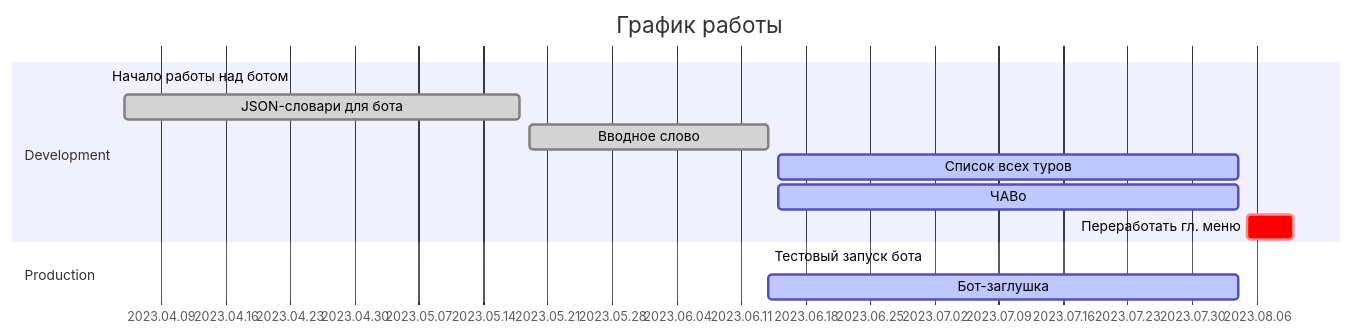
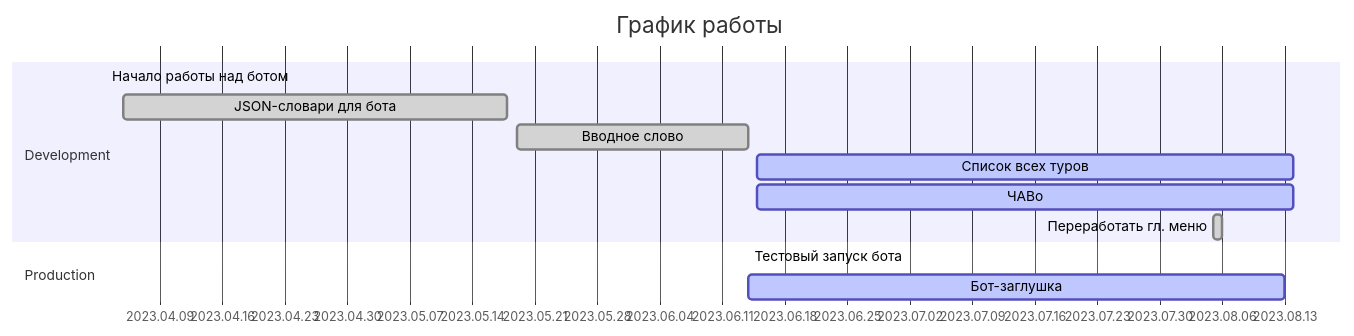
The first of 2 diagrams in README.md (tropintropin/telegram_bot_peshehod_chat), drawn with Mermaid before and after one commit.

````diff
--- a/README.md
+++ b/README.md
@@ -35,17 +35,17 @@
 ```mermaid
 gantt
 title       График работы
 dateFormat  YYYY.MM.DD
 axisFormat  %Y.%m.%d
 excludes    
 section     Development
 Начало работы над ботом :mileston,      2023.04.03, 
 JSON-словари для бота   :done,      a0, 2023.04.05, 2023.05.18
 Вводное слово           :done,      a1, 2023.05.19, 2023.06.14
-Список всех туров       :active,    a2, 2023.06.15, 2023.08.04
-ЧАВо                    :active,    a3, 2023.06.15, 2023.08.04
-Переработать гл. меню   :crit,      a5, 2023.08.05, 5d
+Список всех туров       :active,    a2, 2023.06.15, 60d
+ЧАВо                    :active,    a3, 2023.06.15, 60d
+Переработать гл. меню   :done,      a5, 2023.08.05, 2023.08.06
 section     Production
 Тестовый запуск бота    :mileston,      2023.06.14,
-Бот-заглушка            :active,    b0, 2023.06.14, 2023.08.04
+Бот-заглушка            :active,    b0, 2023.06.14, 60d
 ```
````
